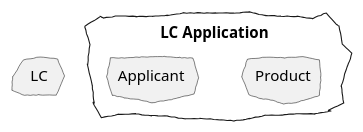
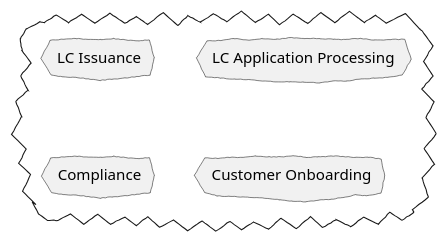
Before and after one commit to PacktPublishing/Domain-Driven-Design-with-Java-A-Practitioner-s-Guide: the third of 5 diagrams in book/src/docs/asciidoc/05-implementing-domain-logic.adoc, drawn with PlantUML. The commit also changed other lines of this file and 2 other files, not shown here.

```diff
--- a/book/src/docs/asciidoc/05-implementing-domain-logic.adoc
+++ b/book/src/docs/asciidoc/05-implementing-domain-logic.adoc
@@ -165,13 +172,14 @@
 [plantuml,lc-application]
 ....
 @startuml
+skinparam monochrome true
 skinparam CloudFontName "Gloria Hallelujah"
 skinparam handwritten true
-cloud "LC Application" as App {
-  cloud Product
-  cloud Applicant
+cloud {
+    cloud "LC Issuance" as issuance
+    cloud "LC Application Processing"
+    cloud Compliance
+    cloud "Customer Onboarding"
 }
-cloud LC
-
 @enduml
 ....
```
